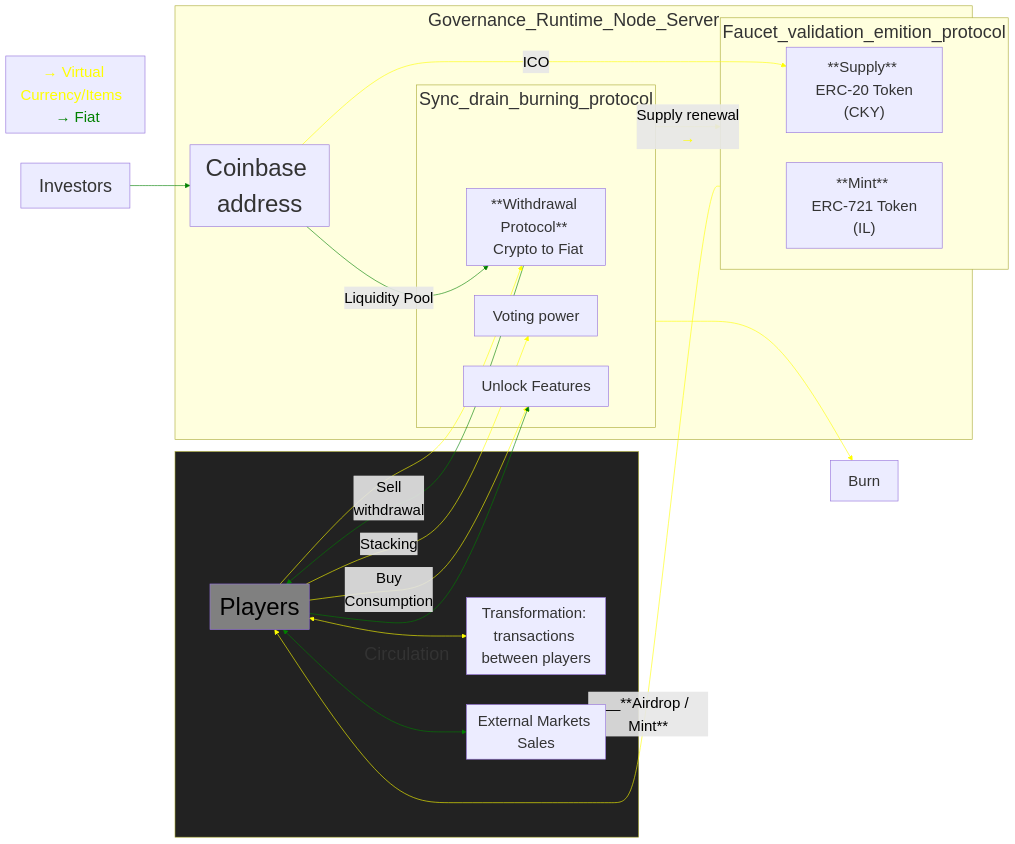
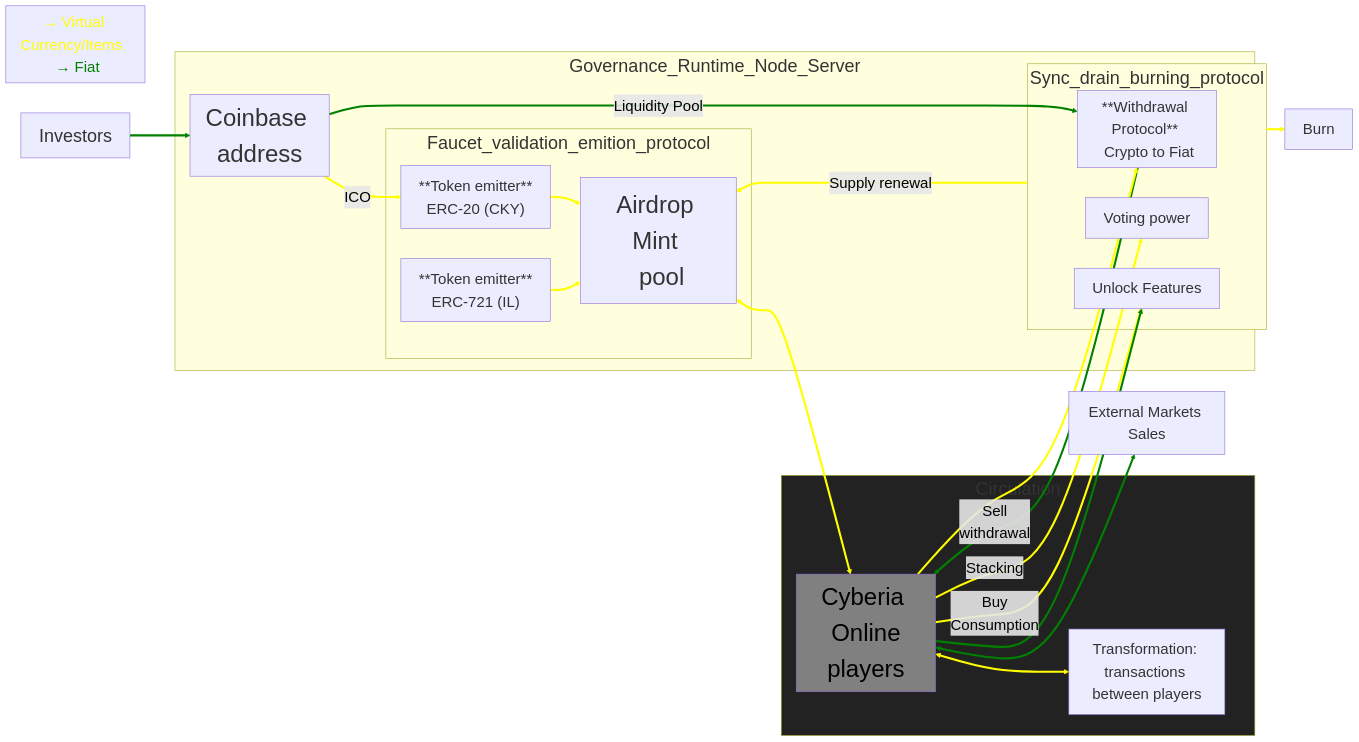
The diagram in hardhat/white-paper.md (underpostnet/engine), drawn with Mermaid before and after one commit.

Commit message:
white paper advance

````diff
--- a/hardhat/white-paper.md
+++ b/hardhat/white-paper.md
@@ -411,19 +411,16 @@
 ```mermaid
-
 flowchart LR
 
+subgraph Circulation["Circulation"]
 
+    Transformation["Transformation: transactions between players"]
 
+    subgraph Players["Cyberia Online<br>players"]
+
+    end
+end
 
 subgraph Governance-Runtime["Governance_Runtime_Node_Server"]
-
-    subgraph Faucet["Faucet_validation_emition_protocol"]
-        ERC-20["**Supply** <br> ERC-20 Token (CKY)"]
-        ERC-721["**Mint** <br> ERC-721 Token (IL)"]
-    end
-    subgraph Coinbase["Coinbase address"]
-    end
-
     subgraph Sync["Sync_drain_burning_protocol"]
         Stacking["Voting power"]
         Unlock-Features["Unlock Features"]
@@ -431,42 +428,40 @@
         end
     end
 
+    subgraph Faucet["Faucet_validation_emition_protocol"]
+        ERC-20["**Token emitter** <br> ERC-20 (CKY)"]
+        ERC-721["**Token emitter** <br> ERC-721 (IL)"]
+        Airdrop-Mint["Airdrop Mint <br> pool"]
+    end
+    subgraph Coinbase["Coinbase address"]
+    end
+
 end
 
-
-
-subgraph Circulation["<br><br><br><br><br><br><br>Circulation"]
-
-    subgraph Black-Market-Sales["External Markets Sales"]
-
-    end
-    subgraph Transformation["Transformation: transactions between players"]
-
-    end
-        subgraph Players
-
-    end
-end
+Black-Market-Sales["External Markets Sales"]
+Burn["Burn"]
 
 subgraph Legends["<span style='color: yellow'>&rarr; Virtual Currency/Items </span> <br> <span style='color: green'>&rarr; Fiat</span>"]
 
 
 end
 
-Burn["Burn"]
-Investors --> Coinbase
-Faucet --> |__**Airdrop / Mint**|Players
-Players --> |Stacking|Stacking
-Players --> |Buy <br> Consumption|Unlock-Features
-Players <--> Black-Market-Sales
-Players <--> Transformation
-Sync --> Burn
-Coinbase-->|ICO|ERC-20
-Withdrawal-->|Sell<br>withdrawal<br>|Players
-Players-->Withdrawal
-Coinbase-->|Liquidity Pool|Withdrawal
-Sync-->|Supply renewal  <br>  <span style='color: yellow'>&rarr;</span>|Faucet
-Players-->Unlock-Features
+Investors ==> Coinbase
+ERC-20 ==> Airdrop-Mint
+Players ==> |Stacking|Stacking
+Players ==> |Buy <br> Consumption|Unlock-Features
+Players <==> Black-Market-Sales
+Players <==> Transformation
+Sync ==> Burn
+Coinbase==>|ICO|ERC-20
+Withdrawal==>|Sell<br>withdrawal<br>|Players
+Players==>Withdrawal
+Coinbase==>|Liquidity Pool|Withdrawal
+Sync==>|Supply renewal|Airdrop-Mint
+Players==>Unlock-Features
+ERC-721==>Airdrop-Mint
+Airdrop-Mint<==>Players
+
 
 
 %% style Governance-Runtime padding:40px,margin:40px,stroke:#333,stroke-width:4pxline-height:60px
@@ -484,6 +479,8 @@
 linkStyle 10 font-size: 25px, color: black, back: white,stroke: green;
 linkStyle 11 font-size: 25px, color: black, back: white,stroke: yellow;
 linkStyle 12 font-size: 25px, color: black, back: white,stroke: green;
+linkStyle 13 font-size: 25px, color: black, back: white,stroke: yellow;
+linkStyle 14 font-size: 25px, color: black, back: white,stroke: yellow;
 
 classDef H1 font-size: 40px, pxline-height:10px;
 classDef H2 font-size: 30px;
@@ -512,4 +509,5 @@
 class Black-Market-Sales H3;
 class Transformation H3;
 class Investors H2;
+class Airdrop-Mint H1;
 ```
````
